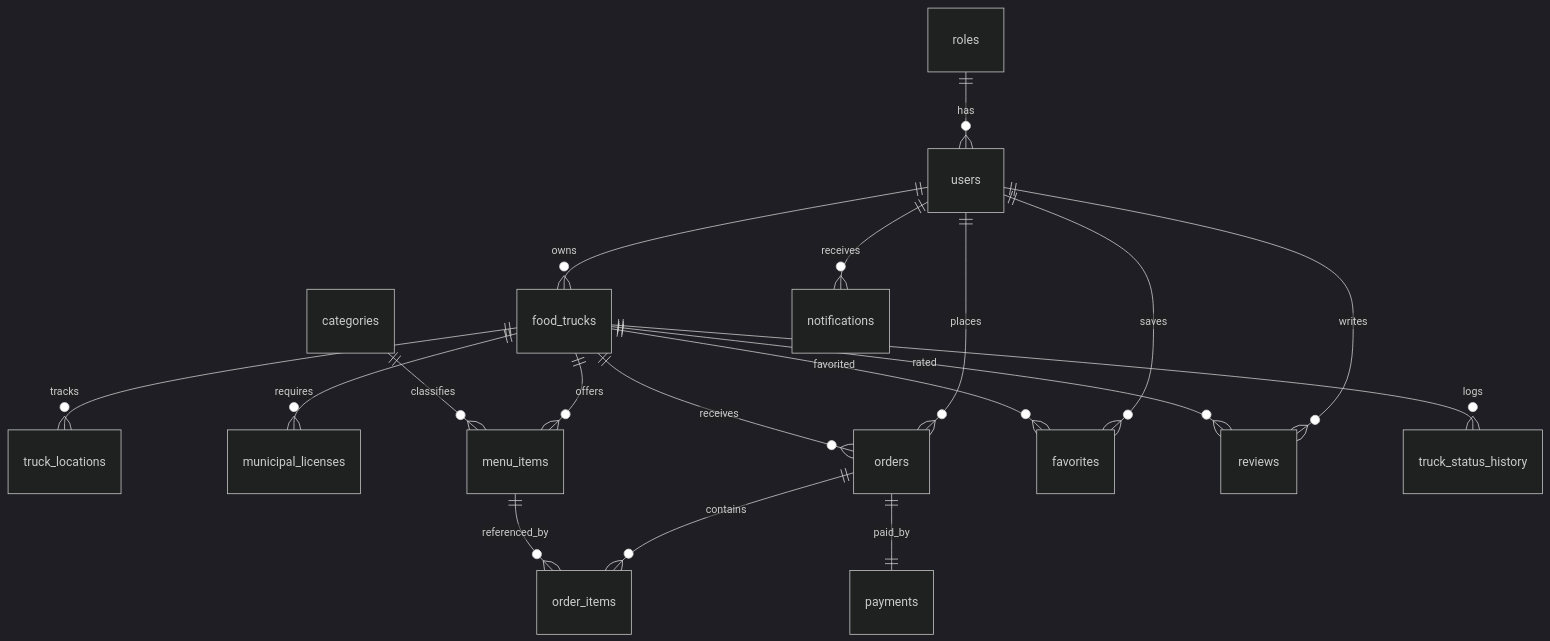
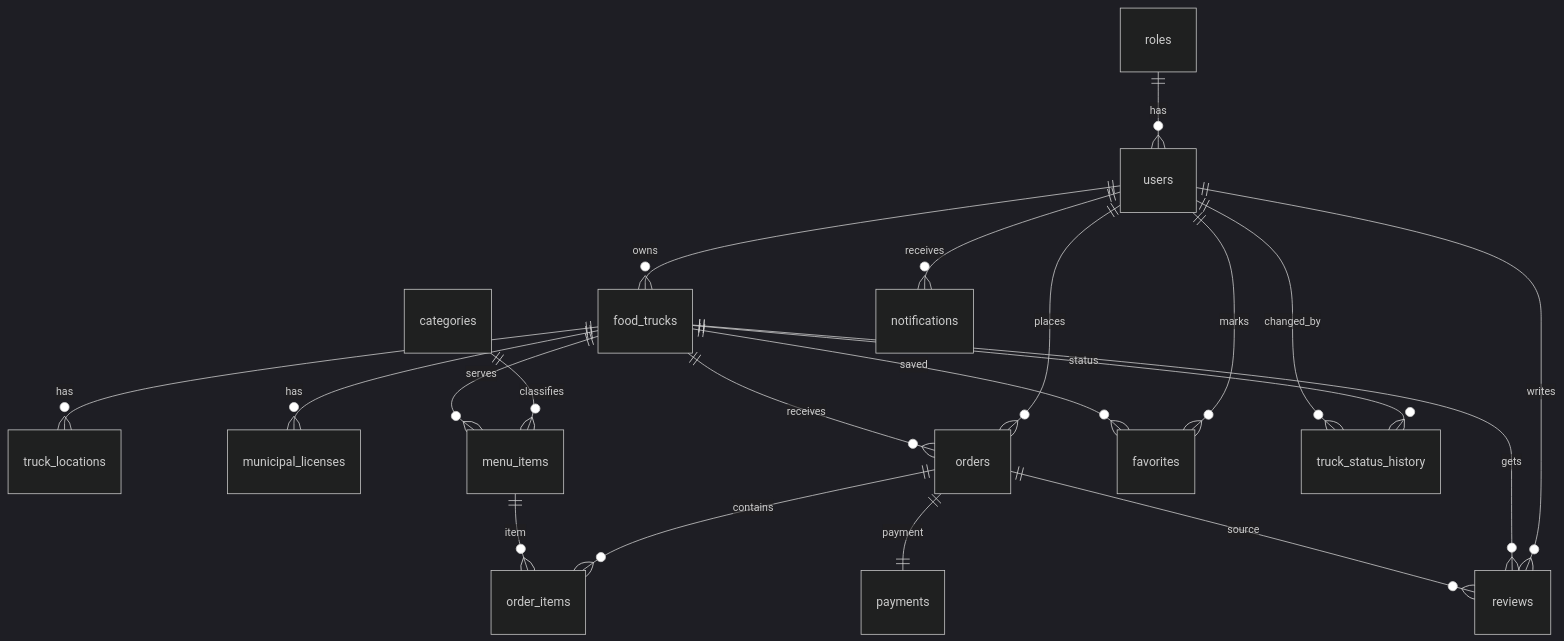
The second of 6 diagrams in stage3/stage3_report.md (Fahd36631/foodtruck-platform), drawn with Mermaid (dark theme) before and after one commit. The commit also changed other lines of this file, not shown here.

````diff
--- a/stage3/stage3_report.md
+++ b/stage3/stage3_report.md
@@ -177,20 +282,22 @@
 ```mermaid
 erDiagram
   roles ||--o{ users : has
   users ||--o{ food_trucks : owns
-  food_trucks ||--o{ truck_locations : tracks
-  food_trucks ||--o{ municipal_licenses : requires
-  food_trucks ||--o{ menu_items : offers
+  food_trucks ||--o{ truck_locations : has
+  food_trucks ||--o{ municipal_licenses : has
   categories ||--o{ menu_items : classifies
+  food_trucks ||--o{ menu_items : serves
   users ||--o{ orders : places
   food_trucks ||--o{ orders : receives
   orders ||--o{ order_items : contains
-  menu_items ||--o{ order_items : referenced_by
-  orders ||--|| payments : paid_by
+  menu_items ||--o{ order_items : item
+  orders ||--|| payments : payment
   users ||--o{ notifications : receives
-  users ||--o{ favorites : saves
-  food_trucks ||--o{ favorites : favorited
+  users ||--o{ favorites : marks
+  food_trucks ||--o{ favorites : saved
   users ||--o{ reviews : writes
-  food_trucks ||--o{ reviews : rated
-  food_trucks ||--o{ truck_status_history : logs
+  food_trucks ||--o{ reviews : gets
+  orders ||--o{ reviews : source
+  food_trucks ||--o{ truck_status_history : status
+  users ||--o{ truck_status_history : changed_by
 ```
````
